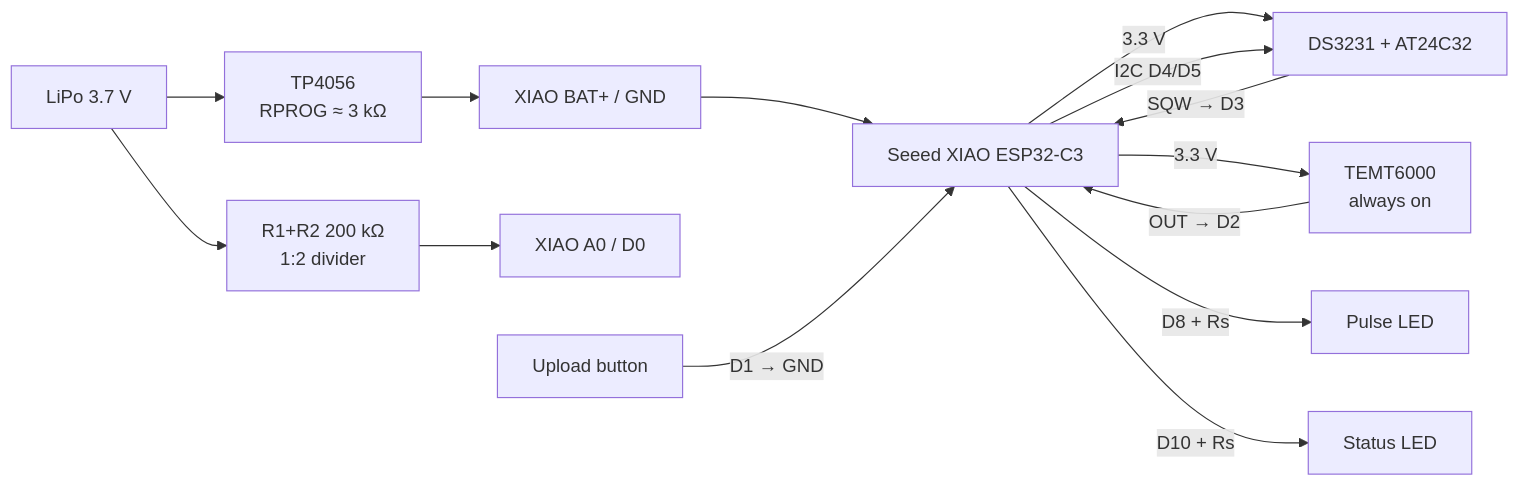
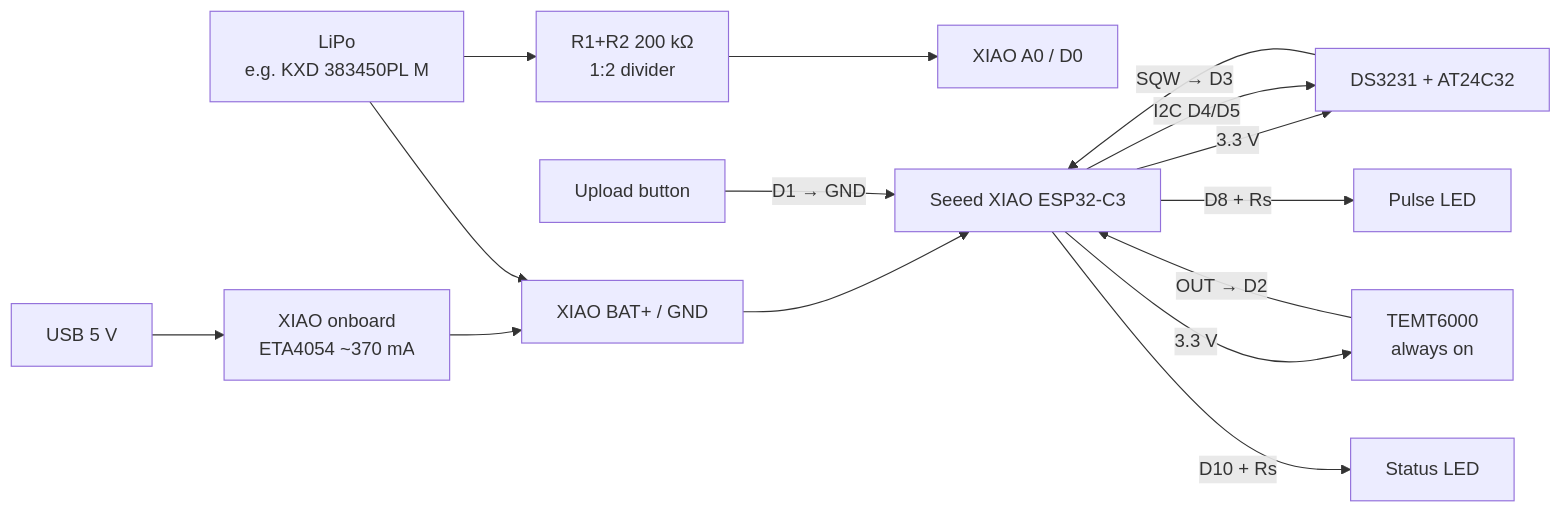
One commit to bakroistvan/meter_buddy changed the diagram in docs/hardware/schematic.md. Above: the diagram before and after it, drawn with Mermaid. The commit also changed other lines of this file and 1 other file, not shown here.

First line of the commit message:
Polish the module schematic notes and EasyEDA netlist.

````diff
--- a/docs/hardware/schematic.md
+++ b/docs/hardware/schematic.md
@@ -12,18 +12,19 @@
 ```mermaid
 flowchart LR
-  BAT["LiPo 3.7 V"] --> TP["TP4056<br/>RPROG ≈ 3 kΩ"]
-  TP --> BATPAD["XIAO BAT+ / GND"]
+  USB["USB 5 V"] --> ETA["XIAO onboard<br/>ETA4054 ~370 mA"]
+  ETA --> BATPAD["XIAO BAT+ / GND"]
+  BAT["LiPo<br/>e.g. KXD 383450PL M"] --> BATPAD
   BAT --> DIV["R1+R2 200 kΩ<br/>1:2 divider"]
   DIV --> A0["XIAO A0 / D0"]
 
   XIAO["Seeed XIAO ESP32-C3"]
   BATPAD --> XIAO
   XIAO -->|"3.3 V"| RTC["DS3231 + AT24C32"]
   XIAO -->|"3.3 V"| TEMT["TEMT6000<br/>always on"]
   XIAO -->|"I2C D4/D5"| RTC
   RTC -->|"SQW → D3"| XIAO
   TEMT -->|"OUT → D2"| XIAO
   BTN["Upload button"] -->|"D1 → GND"| XIAO
   XIAO -->|"D8 + Rs"| PLED["Pulse LED"]
   XIAO -->|"D10 + Rs"| SLED["Status LED"]
 ```
````
